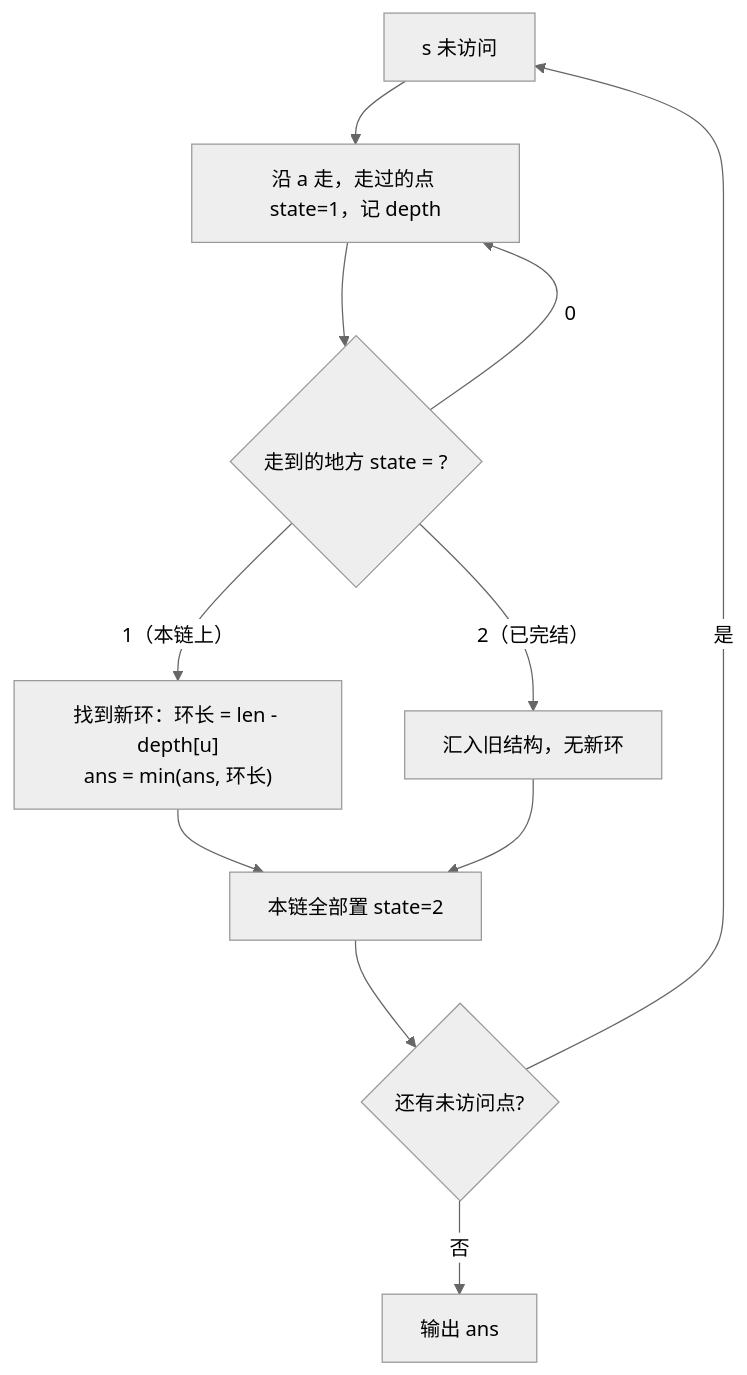
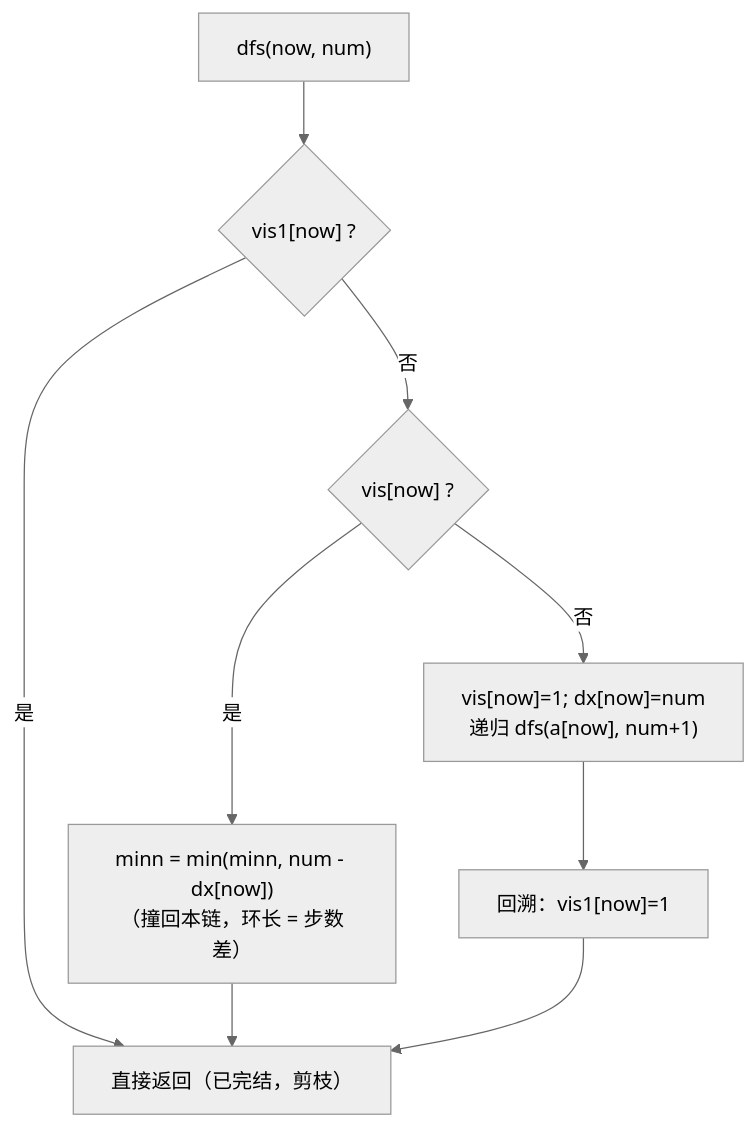
One commit to fenghuangyuan1412/oi-solutions changed the diagram in solutions/graph/p2661-message-passing/README.md. Above: the diagram before and after it, drawn with Mermaid (neutral theme). The commit also changed other lines of this file and 4 other files, not shown here.

````diff
--- a/solutions/graph/p2661-message-passing/README.md
+++ b/solutions/graph/p2661-message-passing/README.md
@@ -89,13 +100,11 @@
 ```mermaid
 flowchart TD
-    A["s 未访问"] --> B["沿 a 走，走过的点 state=1，记 depth"]
-    B --> C{"走到的地方 state = ?"}
-    C -- "0" --> B
-    C -- "1（本链上）" --> D["找到新环：环长 = len - depth[u]<br/>ans = min(ans, 环长)"]
-    C -- "2（已完结）" --> E["汇入旧结构，无新环"]
-    D --> F["本链全部置 state=2"]
-    E --> F
-    F --> G{"还有未访问点?"}
-    G -- 是 --> A
-    G -- 否 --> H["输出 ans"]
+    A["dfs(now, num)"] --> B{"vis1[now] ?"}
+    B -- 是 --> Z["直接返回（已完结，剪枝）"]
+    B -- 否 --> C{"vis[now] ?"}
+    C -- 是 --> D["minn = min(minn, num - dx[now])<br/>（撞回本链，环长 = 步数差）"]
+    C -- 否 --> E["vis[now]=1; dx[now]=num<br/>递归 dfs(a[now], num+1)"]
+    E --> F["回溯：vis1[now]=1"]
+    D --> Z
+    F --> Z
 ```
````
